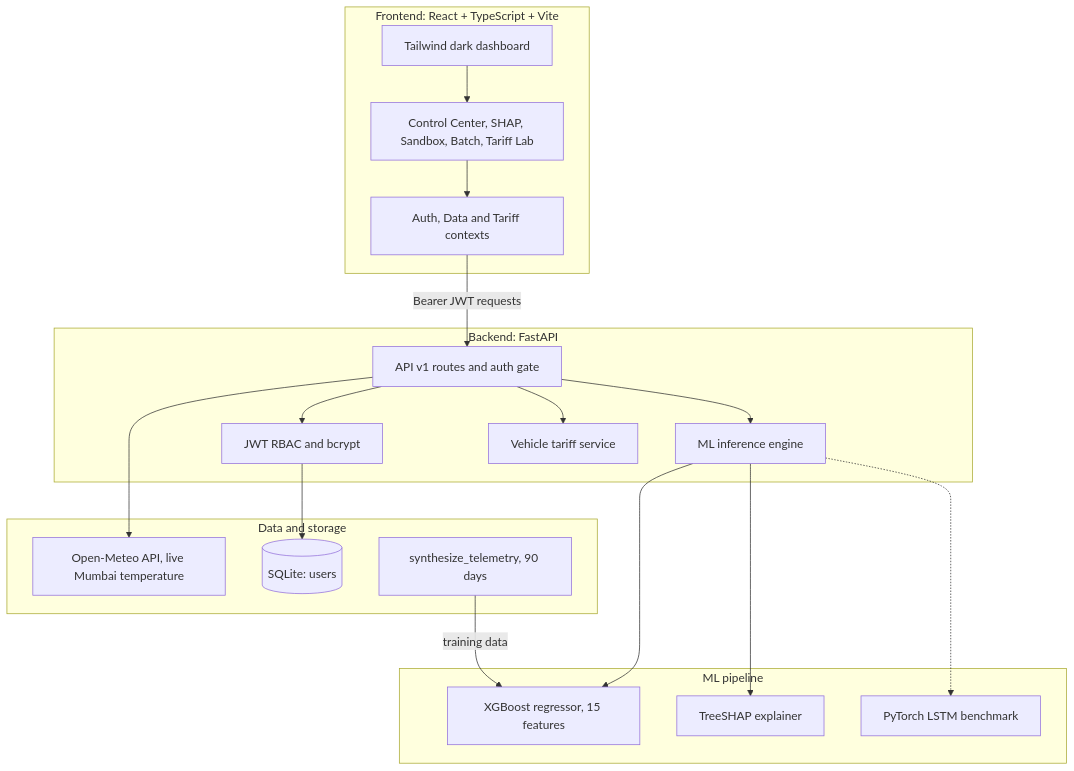
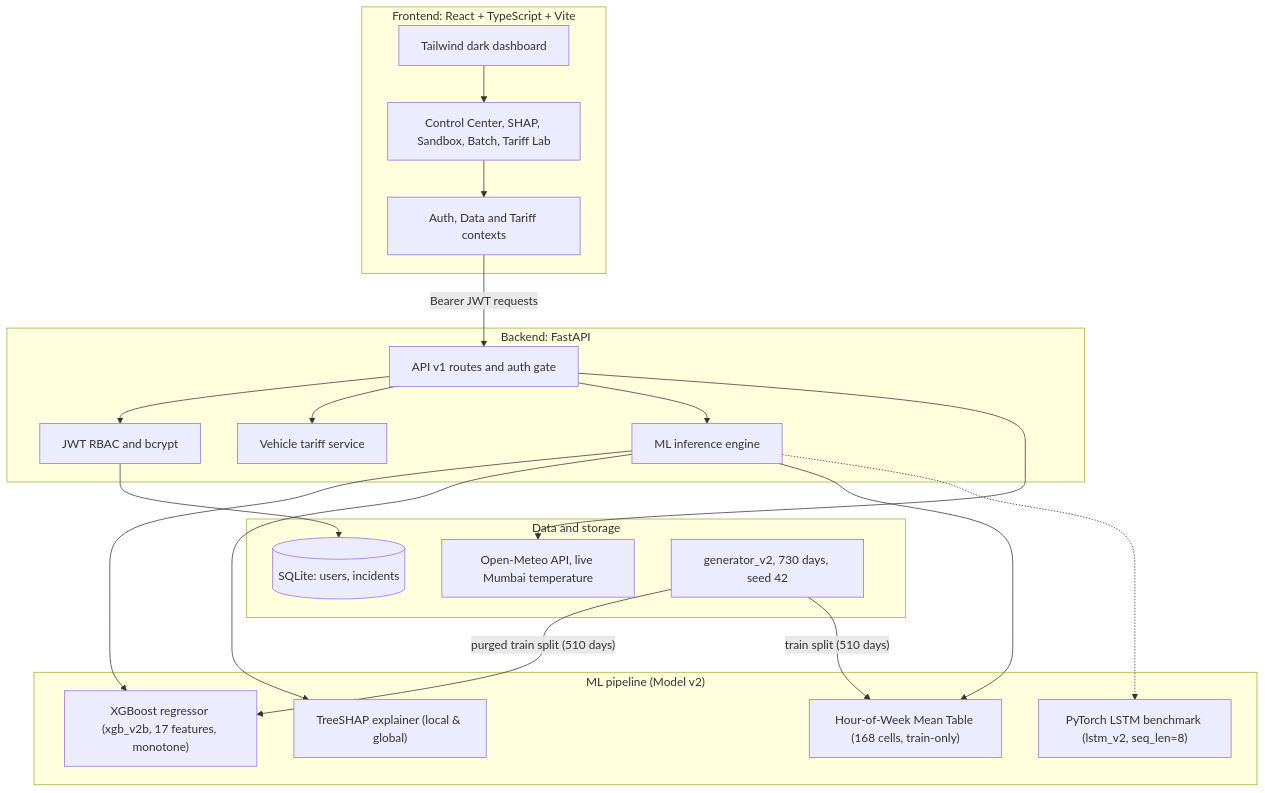
One commit to soham-88/ev-surge-predictor changed the diagram in README.md. Above: the diagram before and after it, drawn with Mermaid. The commit also changed other lines of this file and 5 other files, not shown here.

Commit message:
docs: model v2 documentation, README results, scenario timeline polish

````diff
--- a/README.md
+++ b/README.md
@@ -104,40 +104,43 @@
 ```mermaid
 flowchart TD
     subgraph Client["Frontend: React + TypeScript + Vite"]
         UI["Tailwind dark dashboard"]
         Pages["Control Center, SHAP, Sandbox, Batch, Tariff Lab"]
         State["Auth, Data and Tariff contexts"]
     end
 
     subgraph Server["Backend: FastAPI"]
         Router["API v1 routes and auth gate"]
         Security["JWT RBAC and bcrypt"]
         Engine["ML inference engine"]
         TariffSvc["Vehicle tariff service"]
     end
 
-    subgraph ML["ML pipeline"]
-        XGB["XGBoost regressor, 15 features"]
-        SHAP["TreeSHAP explainer"]
-        LSTM["PyTorch LSTM benchmark"]
+    subgraph ML["ML pipeline (Model v2)"]
+        XGB["XGBoost regressor (xgb_v2b, 17 features, monotone)"]
+        SHAP["TreeSHAP explainer (local & global)"]
+        LSTM["PyTorch LSTM benchmark (lstm_v2, seq_len=8)"]
+        HOW["Hour-of-Week Mean Table (168 cells, train-only)"]
     end
 
     subgraph Data["Data and storage"]
         Weather["Open-Meteo API, live Mumbai temperature"]
-        DB[("SQLite: users")]
-        Synth["synthesize_telemetry, 90 days"]
+        DB[("SQLite: users, incidents")]
+        Synth["generator_v2, 730 days, seed 42"]
     end
 
     UI --> Pages
     Pages --> State
     State -->|"Bearer JWT requests"| Router
     Router --> Security
     Security --> DB
     Router --> TariffSvc
     Router --> Engine
     Router --> Weather
     Engine --> XGB
     Engine --> SHAP
+    Engine --> HOW
     Engine -.-> LSTM
-    Synth -->|"training data"| XGB
+    Synth -->|"purged train split (510 days)"| XGB
+    Synth -->|"train split (510 days)"| HOW
 ```
````
